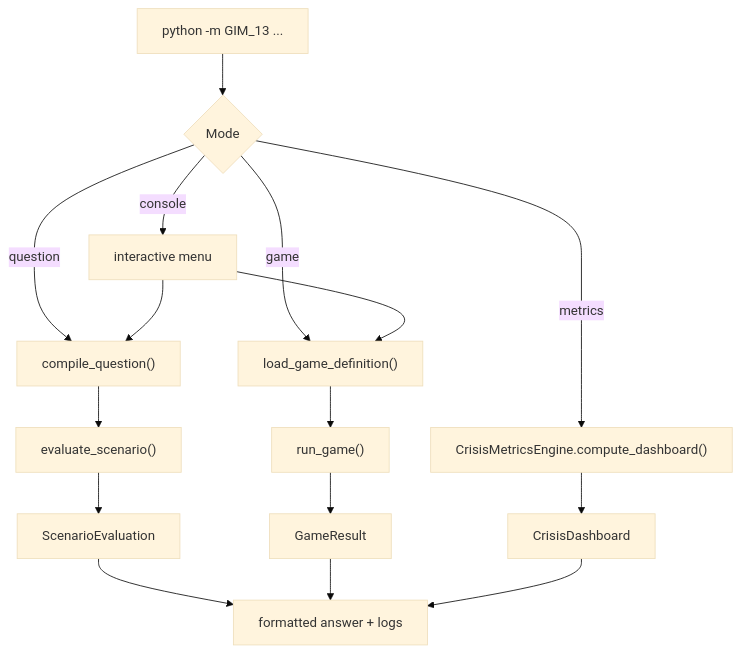
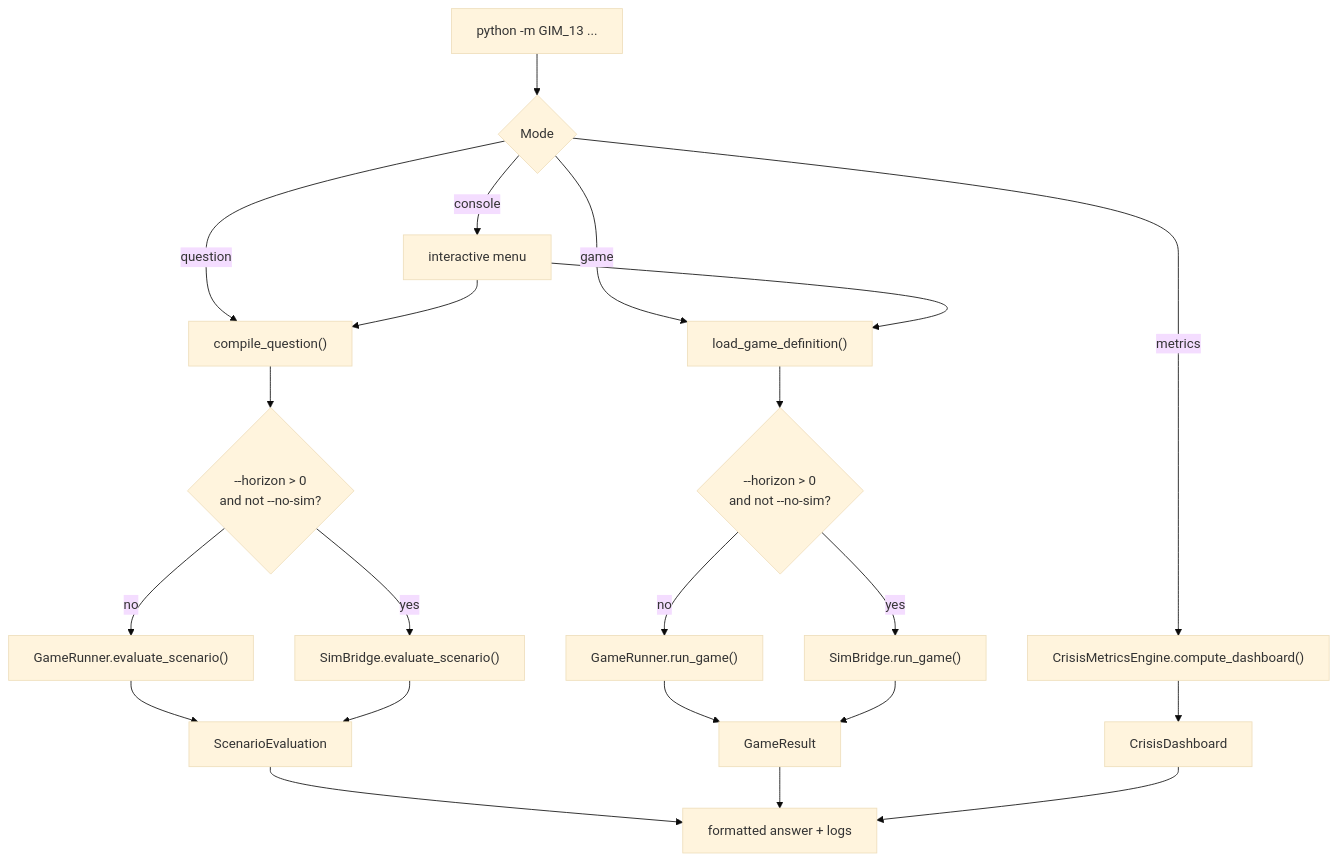
Before and after one commit to Theclimateguy/GIM: the second of 3 diagrams in MODEL_DOCUMENTATION.md, drawn with Mermaid (base theme). The commit also changed other lines of this file and 16 other files, not shown here.

Commit message:
Integrate GIM13 sim bridge and sync docs

````diff
--- a/MODEL_DOCUMENTATION.md
+++ b/MODEL_DOCUMENTATION.md
@@ -92,21 +104,29 @@
 ```mermaid
 flowchart TD
     A["python -m GIM_13 ..."] --> B{"Mode"}
     B -->|question| C["compile_question()"]
     B -->|game| D["load_game_definition()"]
     B -->|metrics| E["CrisisMetricsEngine.compute_dashboard()"]
     B -->|console| F["interactive menu"]
 
-    C --> G["evaluate_scenario()"]
-    D --> H["run_game()"]
+    C --> G{"--horizon > 0<br/>and not --no-sim?"}
+    D --> H{"--horizon > 0<br/>and not --no-sim?"}
+
+    G -->|no| I["GameRunner.evaluate_scenario()"]
+    G -->|yes| J["SimBridge.evaluate_scenario()"]
+    H -->|no| K["GameRunner.run_game()"]
+    H -->|yes| L["SimBridge.run_game()"]
+
     F --> C
     F --> D
 
-    G --> I["ScenarioEvaluation"]
-    H --> J["GameResult"]
-    E --> K["CrisisDashboard"]
+    I --> M["ScenarioEvaluation"]
+    J --> M
+    K --> N["GameResult"]
+    L --> N
+    E --> O["CrisisDashboard"]
 
-    I --> L["formatted answer + logs"]
-    J --> L
-    K --> L
+    M --> P["formatted answer + logs"]
+    N --> P
+    O --> P
 ```
````
